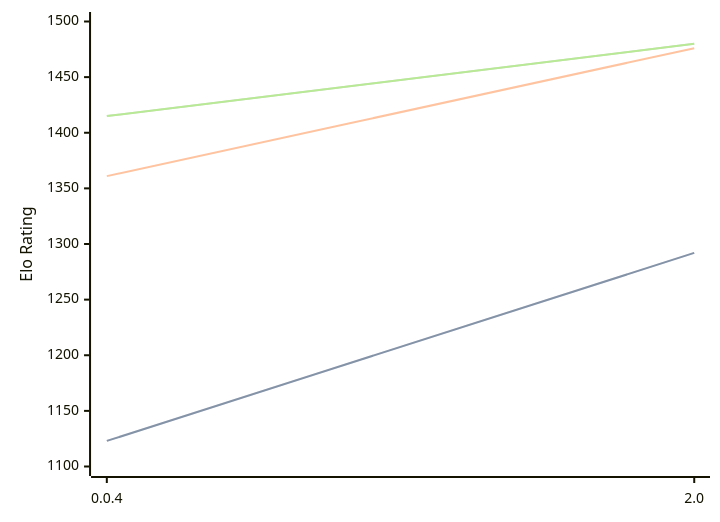
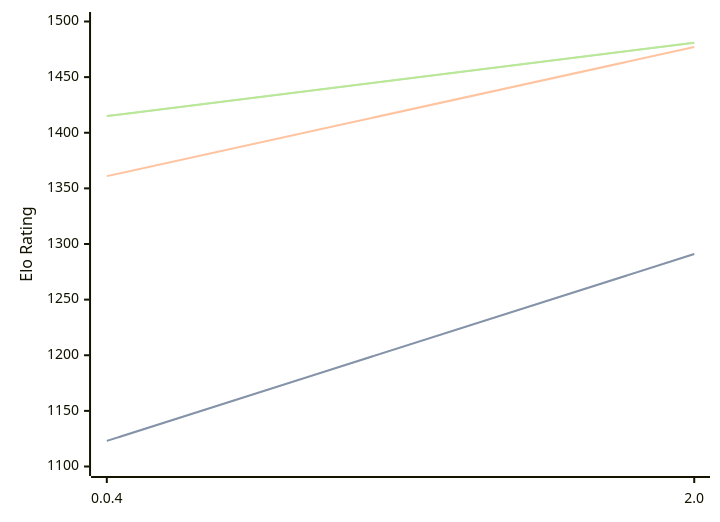
One commit to computer-chess-index/cci changed the diagram in engines/Oops!Mate.md. Above: the diagram before and after it, drawn with Mermaid. The commit also changed other lines of this file, not shown here.

Commit message:
Update CCI Ratings (ELO VLTC) - 2026-04-24

````diff
--- a/engines/Oops!Mate.md
+++ b/engines/Oops!Mate.md
@@ -51,11 +51,11 @@
 ```mermaid
 %%{init: {"theme":"base","themeVariables":{"seriesColors:['#a3a3a3','#222221','#faa371']}}}%%
 xychart-beta
   x-axis ["0.0.4", "2.0"]
   y-axis "Elo Rating" 1100 --> 1500
-  line "STC (8.0+0.08s)" [1123, 1292]
-  line "STC (8.0+0.08s)" [1123, 1292]
-  line "LTC (60.0+0.60s)" [1361, 1476]
-  line "VLTC (2m24s+1.12s)" [1415, 1480]
-  line "VLTC (2m24s+1.12s)" [1415, 1480]
+  line "STC (8.0+0.08s)" [1123, 1291]
+  line "STC (8.0+0.08s)" [1123, 1291]
+  line "LTC (60.0+0.60s)" [1361, 1477]
+  line "VLTC (2m24s+1.12s)" [1415, 1481]
+  line "VLTC (2m24s+1.12s)" [1415, 1481]
 ```
````
